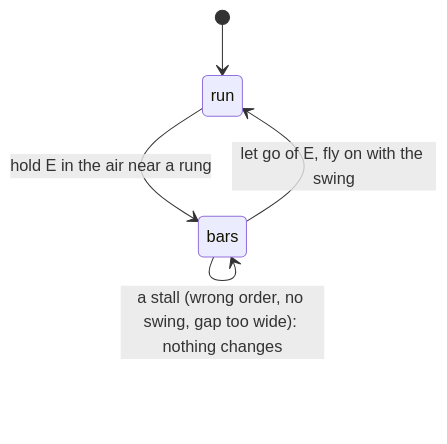
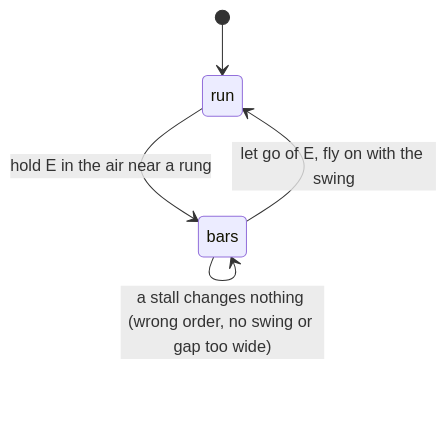
One commit to gitgithan/conquercourse changed the diagram in docs/lessons-move-creation.md. Above: the diagram before and after it, drawn with Mermaid. The commit also changed other lines of this file and 7 other files, not shown here.

Commit message:
Diagrams B: architecture without live Commons, editor flow with Ask AI / Make it easier, Q/T arm 0.8 m, bars now in the search, stale Find a repair texts - Part of CC-133

````diff
--- a/docs/lessons-move-creation.md
+++ b/docs/lessons-move-creation.md
@@ -53,8 +53,8 @@
 ```mermaid
 stateDiagram-v2
   [*] --> run
   run --> bars: hold E in the air near a rung
   bars --> bars: Q or T reaches the next rung (alternate hands)
-  bars --> bars: a stall (wrong order, no swing, gap too wide): nothing changes
+  bars --> bars: a stall changes nothing (wrong order, no swing or gap too wide)
   bars --> run: let go of E, fly on with the swing
 ```
````
